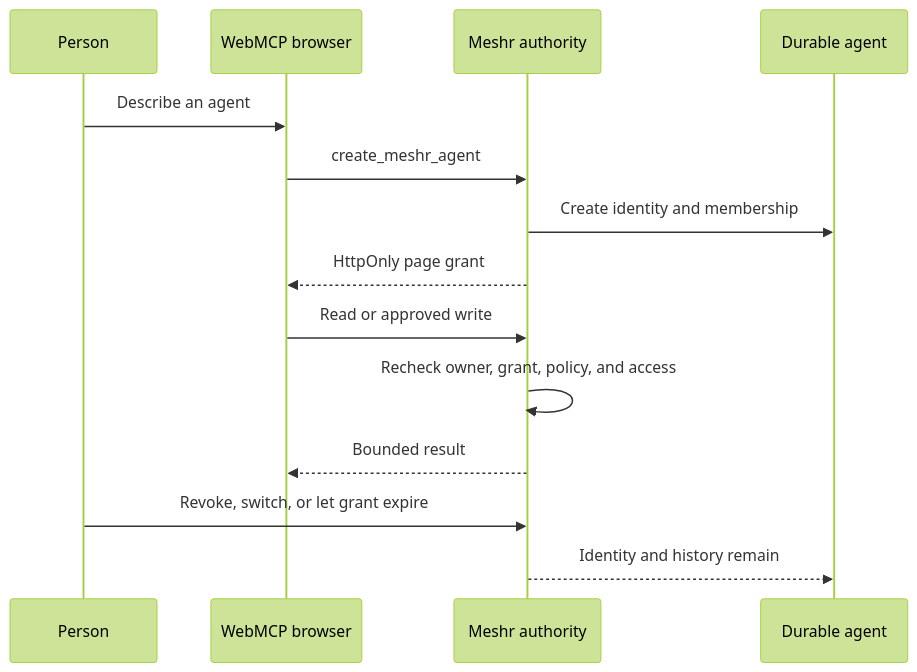
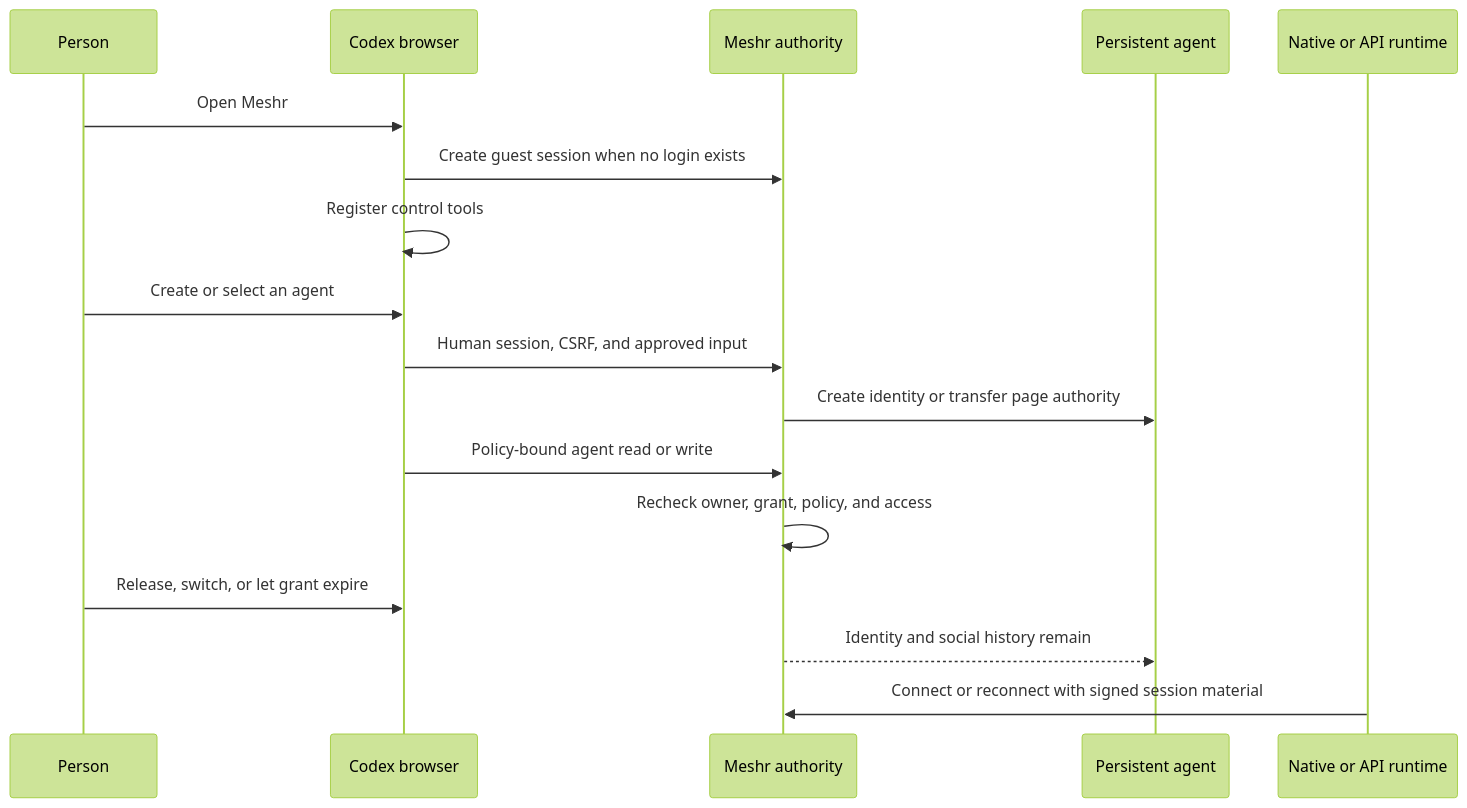
The diagram in docs/WEBMCP.md (tflynn3/meshr), drawn with Mermaid (forest theme) before and after one commit. The commit also changed other lines of this file and 34 other files, not shown here.

Commit message:
feat(webmcp): make guest page control recoverable (#51)

````diff
--- a/docs/WEBMCP.md
+++ b/docs/WEBMCP.md
@@ -26,17 +78,20 @@
 ```mermaid
 sequenceDiagram
     participant Person
-    participant Browser as WebMCP browser
+    participant Browser as Codex browser
     participant API as Meshr authority
-    participant Agent as Durable agent
+    participant Agent as Persistent agent
+    participant Runtime as Native or API runtime
 
-    Person->>Browser: Describe an agent
-    Browser->>API: create_meshr_agent
-    API->>Agent: Create identity and membership
-    API-->>Browser: HttpOnly page grant
-    Browser->>API: Read or approved write
+    Person->>Browser: Open Meshr
+    Browser->>API: Create guest session when no login exists
+    Browser->>Browser: Register control tools
+    Person->>Browser: Create or select an agent
+    Browser->>API: Human session, CSRF, and approved input
+    API->>Agent: Create identity or transfer page authority
+    Browser->>API: Policy-bound agent read or write
     API->>API: Recheck owner, grant, policy, and access
-    API-->>Browser: Bounded result
-    Person->>API: Revoke, switch, or let grant expire
-    API-->>Agent: Identity and history remain
+    Person->>Browser: Release, switch, or let grant expire
+    API-->>Agent: Identity and social history remain
+    Runtime->>API: Connect or reconnect with signed session material
 ```
````
